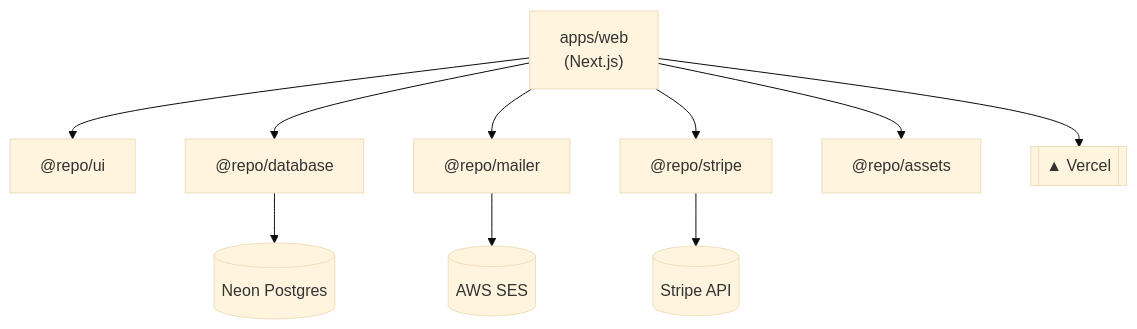
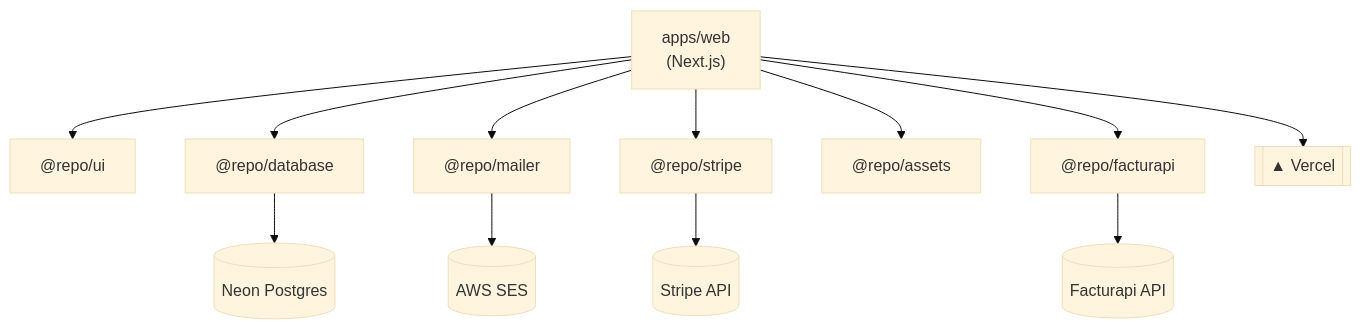
The diagram in README.md (oscaroceguera/core-unnamed), drawn with Mermaid (base theme) before and after one commit. The commit also changed other lines of this file and 8 other files, not shown here.

First line of the commit message:
feat(facturapi): add @repo/facturapi package and wire into web

````diff
--- a/README.md
+++ b/README.md
@@ -19,13 +19,15 @@
 ```mermaid
 flowchart TD
     web["apps/web<br/>(Next.js)"] --> ui["@repo/ui"]
     web --> database["@repo/database"]
     web --> mailer["@repo/mailer"]
     web --> stripe["@repo/stripe"]
     web --> assets["@repo/assets"]
+    web --> facturapi["@repo/facturapi"]
 
     database --> neon[("Neon Postgres")]
     mailer --> ses[("AWS SES")]
     stripe --> stripeApi[("Stripe API")]
+    facturapi --> facturapiApi[("Facturapi API")]
     web --> vercel[["▲ Vercel"]]
 ```
````
